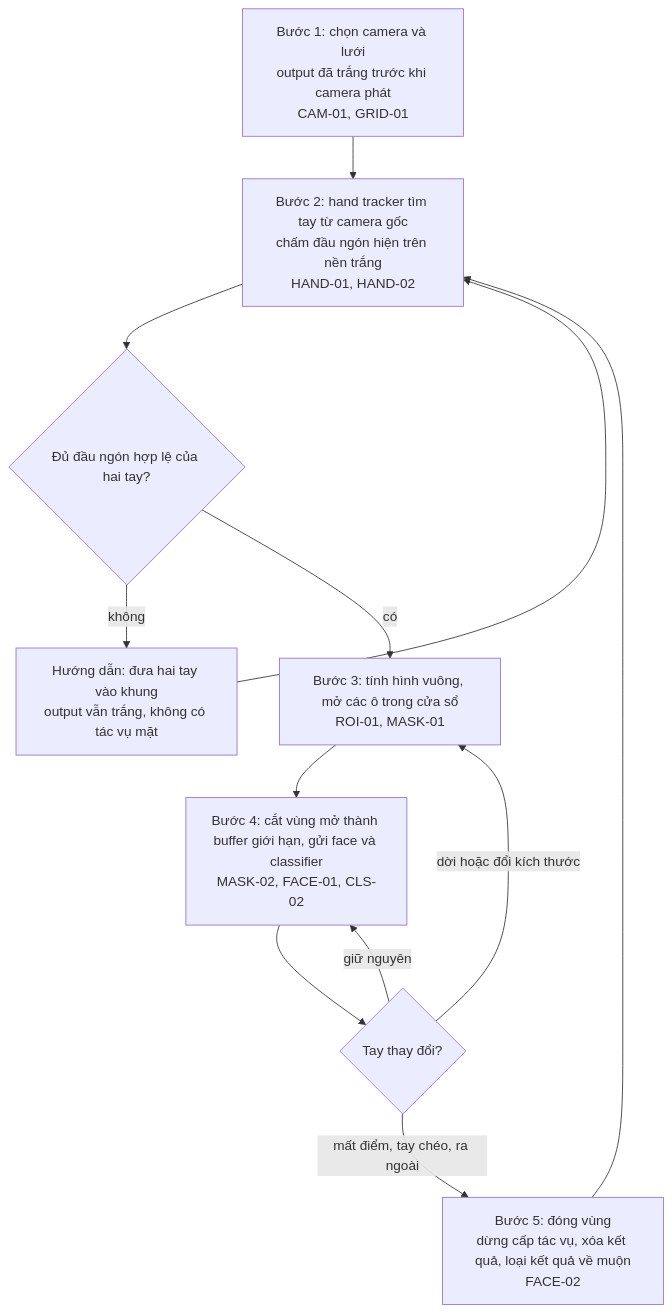
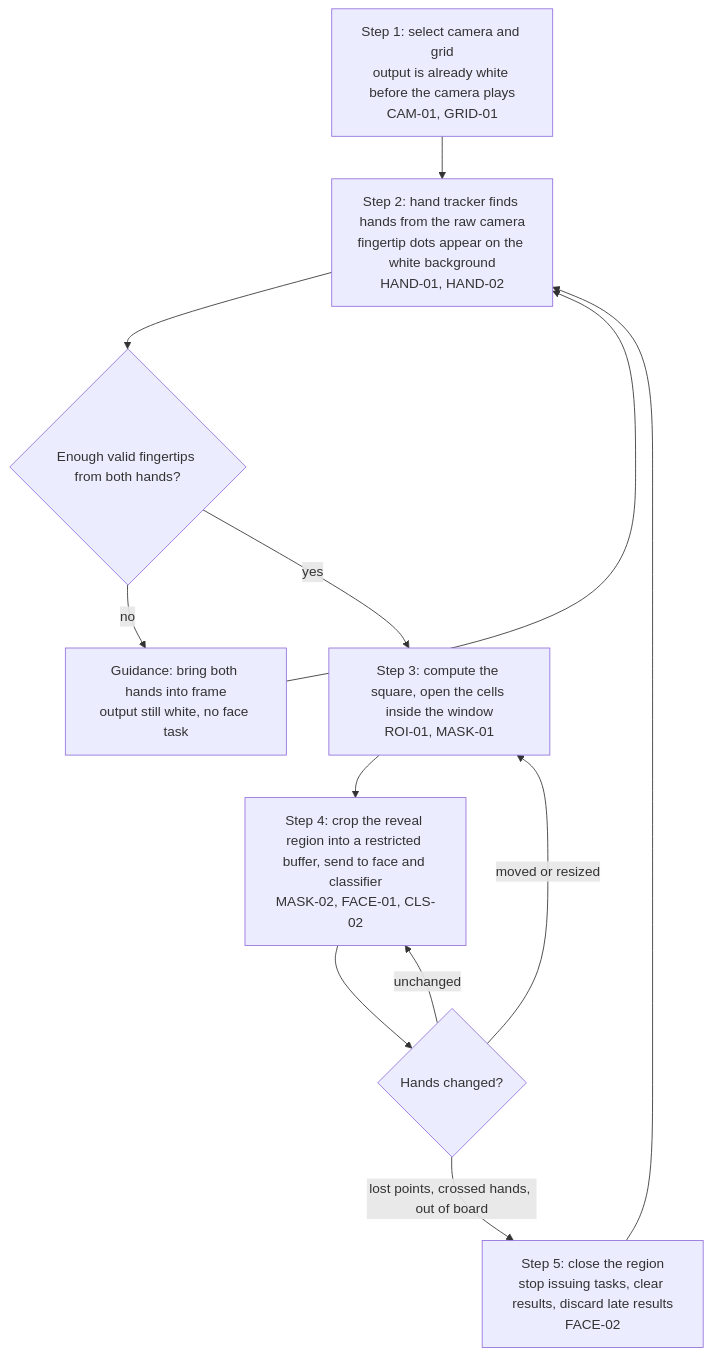
One commit to Lorah101204/Finger_And_Face_Tracking changed the fourth of 18 diagrams in docs/WORK-BREAKDOWN.md. Above: the diagram before and after it, drawn with Mermaid. The commit also changed other lines of this file and 35 other files, not shown here.

````diff
--- a/docs/WORK-BREAKDOWN.md
+++ b/docs/WORK-BREAKDOWN.md
@@ -429,12 +429,12 @@
 ```mermaid
 flowchart TD
-  S1["Bước 1: chọn camera và lưới<br/>output đã trắng trước khi camera phát<br/>CAM-01, GRID-01"] --> S2["Bước 2: hand tracker tìm tay từ camera gốc<br/>chấm đầu ngón hiện trên nền trắng<br/>HAND-01, HAND-02"]
-  S2 --> C1{"Đủ đầu ngón hợp lệ của hai tay?"}
-  C1 -- không --> H["Hướng dẫn: đưa hai tay vào khung<br/>output vẫn trắng, không có tác vụ mặt"] --> S2
-  C1 -- có --> S3["Bước 3: tính hình vuông, mở các ô trong cửa sổ<br/>ROI-01, MASK-01"]
-  S3 --> S4["Bước 4: cắt vùng mở thành buffer giới hạn, gửi face và classifier<br/>MASK-02, FACE-01, CLS-02"]
-  S4 --> S5{"Tay thay đổi?"}
-  S5 -- "dời hoặc đổi kích thước" --> S3
-  S5 -- "giữ nguyên" --> S4
-  S5 -- "mất điểm, tay chéo, ra ngoài" --> CL["Bước 5: đóng vùng<br/>dừng cấp tác vụ, xóa kết quả, loại kết quả về muộn<br/>FACE-02"] --> S2
+  S1["Step 1: select camera and grid<br/>output is already white before the camera plays<br/>CAM-01, GRID-01"] --> S2["Step 2: hand tracker finds hands from the raw camera<br/>fingertip dots appear on the white background<br/>HAND-01, HAND-02"]
+  S2 --> C1{"Enough valid fingertips from both hands?"}
+  C1 -- no --> H["Guidance: bring both hands into frame<br/>output still white, no face task"] --> S2
+  C1 -- yes --> S3["Step 3: compute the square, open the cells inside the window<br/>ROI-01, MASK-01"]
+  S3 --> S4["Step 4: crop the reveal region into a restricted buffer, send to face and classifier<br/>MASK-02, FACE-01, CLS-02"]
+  S4 --> S5{"Hands changed?"}
+  S5 -- "moved or resized" --> S3
+  S5 -- "unchanged" --> S4
+  S5 -- "lost points, crossed hands, out of board" --> CL["Step 5: close the region<br/>stop issuing tasks, clear results, discard late results<br/>FACE-02"] --> S2
 ```
````
